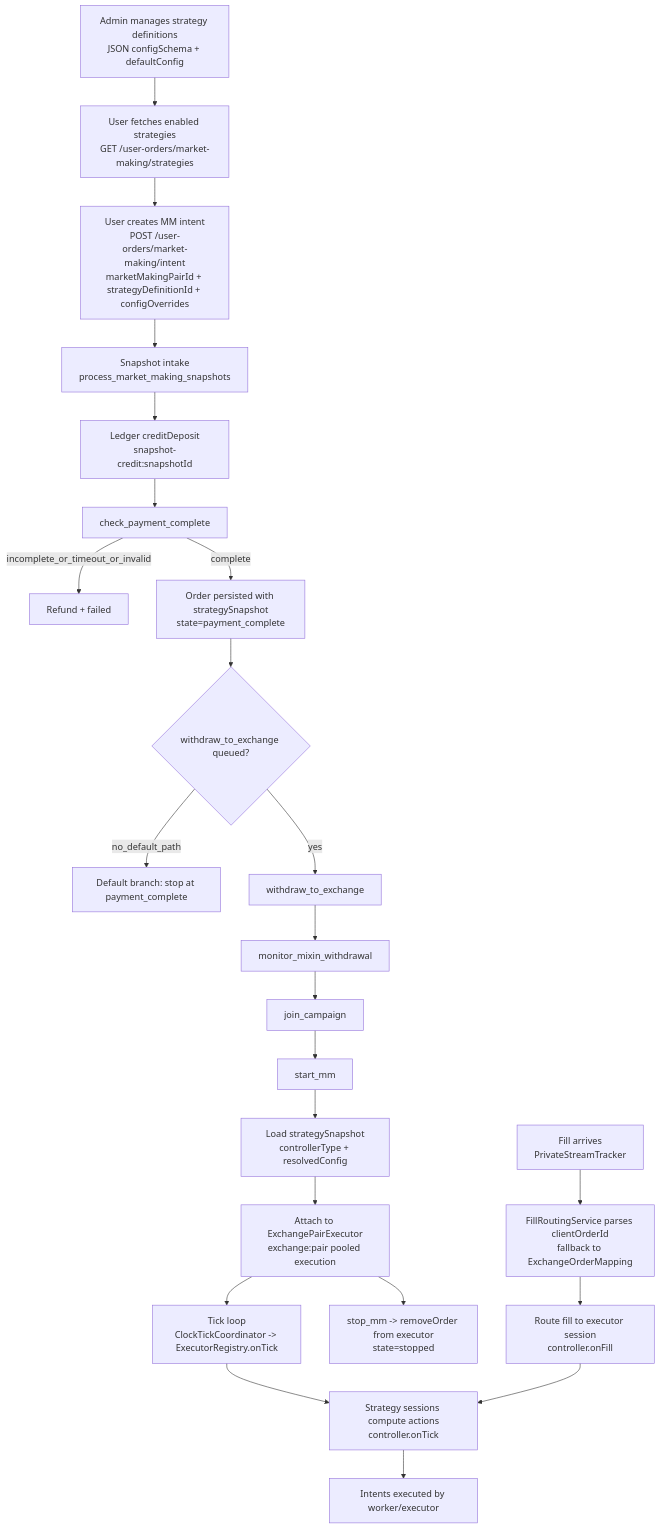
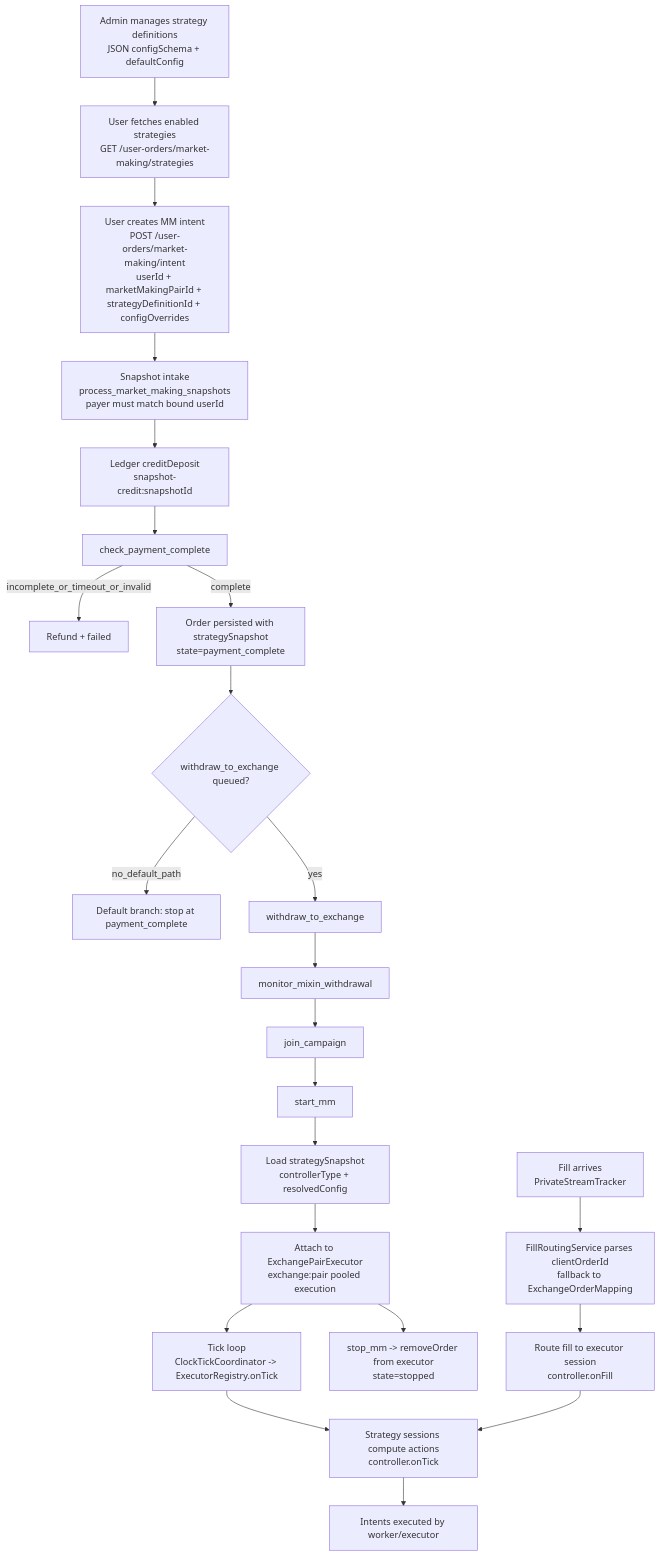
The diagram in docs/execution/flow/MARKET_MAKING_FLOW.md (zed-wong/Mr.Market), drawn with Mermaid before and after one commit. The commit also changed other lines of this file and 15 other files, not shown here.

Commit message:
Bind market-making intents to user IDs

````diff
--- a/docs/execution/flow/MARKET_MAKING_FLOW.md
+++ b/docs/execution/flow/MARKET_MAKING_FLOW.md
@@ -48,49 +49,49 @@
 ```mermaid
 flowchart TD
   A[Admin manages strategy definitions<br/>JSON configSchema + defaultConfig]
   B[User fetches enabled strategies<br/>GET /user-orders/market-making/strategies]
-  C[User creates MM intent<br/>POST /user-orders/market-making/intent<br/>marketMakingPairId + strategyDefinitionId + configOverrides]
-  D[Snapshot intake<br/>process_market_making_snapshots]
+  C[User creates MM intent<br/>POST /user-orders/market-making/intent<br/>userId + marketMakingPairId + strategyDefinitionId + configOverrides]
+  D[Snapshot intake<br/>process_market_making_snapshots<br/>payer must match bound userId]
   E[Ledger creditDeposit<br/>snapshot-credit:snapshotId]
   F[check_payment_complete]
   G[Refund + failed]
   H[Order persisted with strategySnapshot<br/>state=payment_complete]
   I{withdraw_to_exchange queued?}
   J[Default branch: stop at payment_complete]
   K[withdraw_to_exchange]
   L[monitor_mixin_withdrawal]
   M[join_campaign]
   N[start_mm]
   O[Load strategySnapshot<br/>controllerType + resolvedConfig]
   P[Attach to ExchangePairExecutor<br/>exchange:pair pooled execution]
   Q[Tick loop<br/>ClockTickCoordinator -> ExecutorRegistry.onTick]
   R[Strategy sessions compute actions<br/>controller.onTick]
   S[Intents executed by worker/executor]
   T[Fill arrives<br/>PrivateStreamTracker]
   U[FillRoutingService parses clientOrderId<br/>fallback to ExchangeOrderMapping]
   V[Route fill to executor session<br/>controller.onFill]
   W[stop_mm -> removeOrder from executor<br/>state=stopped]
 
   A --> B
   B --> C
   C --> D
   D --> E
   E --> F
   F -->|incomplete_or_timeout_or_invalid| G
   F -->|complete| H
   H --> I
   I -->|no_default_path| J
   I -->|yes| K
   K --> L
   L --> M
   M --> N
   N --> O
   O --> P
   P --> Q
   Q --> R
   R --> S
   T --> U
   U --> V
   V --> R
   P --> W
 ```
````
